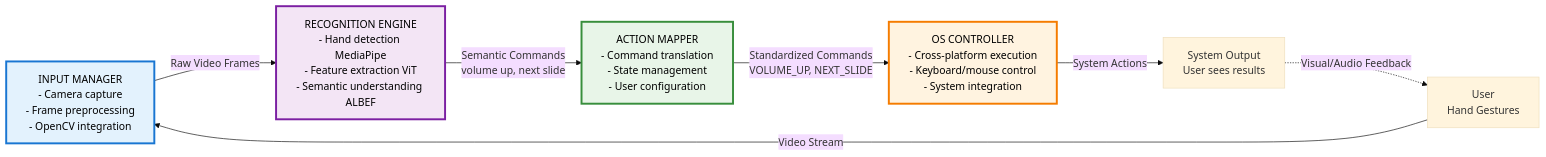
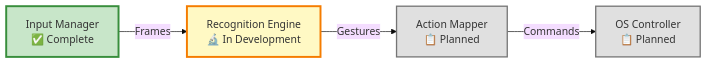
The first of 3 diagrams in docs/Project-Architecture/DETAILED_SYSTEM_ARCHITECTURE.md (ntsrigaud/Maestro), drawn with Mermaid (base theme) before and after one commit. The commit also changed other lines of this file and 28 other files, not shown here.

````diff
--- a/docs/Project-Architecture/DETAILED_SYSTEM_ARCHITECTURE.md
+++ b/docs/Project-Architecture/DETAILED_SYSTEM_ARCHITECTURE.md
@@ -11,28 +11,16 @@
 ```mermaid
 flowchart LR
-    %% Styling with better contrast and readability
-    classDef inputModule fill:#e3f2fd,stroke:#1976d2,stroke-width:3px,color:#000000
-    classDef recognitionModule fill:#f3e5f5,stroke:#7b1fa2,stroke-width:3px,color:#000000
-    classDef actionModule fill:#e8f5e8,stroke:#388e3c,stroke-width:3px,color:#000000
-    classDef osModule fill:#fff3e0,stroke:#f57c00,stroke-width:3px,color:#000000
-    classDef dataArrow fill:none,stroke:#424242,stroke-width:2px
+    %% Styling
+    classDef complete fill:#c8e6c9,stroke:#388e3c,stroke-width:3px
+    classDef indev fill:#fff9c4,stroke:#f57c00,stroke-width:3px
+    classDef planned fill:#e0e0e0,stroke:#757575,stroke-width:2px
 
-    %% Main Modules
-    INPUT["INPUT MANAGER<br/>- Camera capture<br/>- Frame preprocessing<br/>- OpenCV integration"]:::inputModule
+    INPUT["Input Manager<br/>✅ Complete"]:::complete
+    RECOG["Recognition Engine<br/>🔬 In Development"]:::indev
+    ACTION["Action Mapper<br/>📋 Planned"]:::planned
+    OS["OS Controller<br/>📋 Planned"]:::planned
 
-    RECOGNITION["RECOGNITION ENGINE<br/>- Hand detection MediaPipe<br/>- Feature extraction ViT<br/>- Semantic understanding ALBEF"]:::recognitionModule
-
-    ACTION["ACTION MAPPER<br/>- Command translation<br/>- State management<br/>- User configuration"]:::actionModule
-
-    OS["OS CONTROLLER<br/>- Cross-platform execution<br/>- Keyboard/mouse control<br/>- System integration"]:::osModule
-
-    %% Data Flow
-    INPUT -->|"Raw Video Frames"| RECOGNITION
-    RECOGNITION -->|"Semantic Commands<br/>volume up, next slide"| ACTION
-    ACTION -->|"Standardized Commands<br/>VOLUME_UP, NEXT_SLIDE"| OS
-    OS -->|"System Actions"| OUTPUT["System Output<br/>User sees results"]
-
-    %% User Interaction
-    USER["User<br/>Hand Gestures"] -->|"Video Stream"| INPUT
-    OUTPUT -.->|"Visual/Audio Feedback"| USER
+    INPUT -->|Frames| RECOG
+    RECOG -->|Gestures| ACTION
+    ACTION -->|Commands| OS
 ```
````
